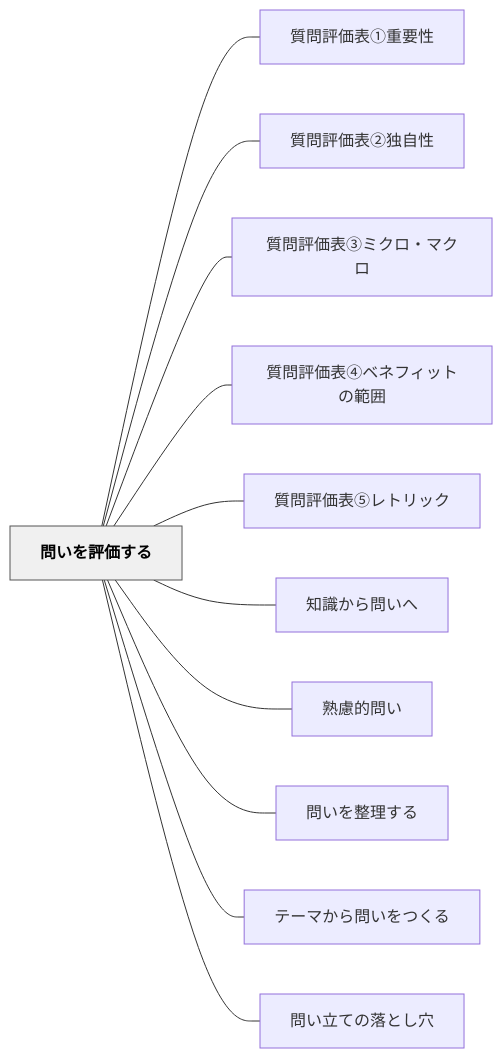
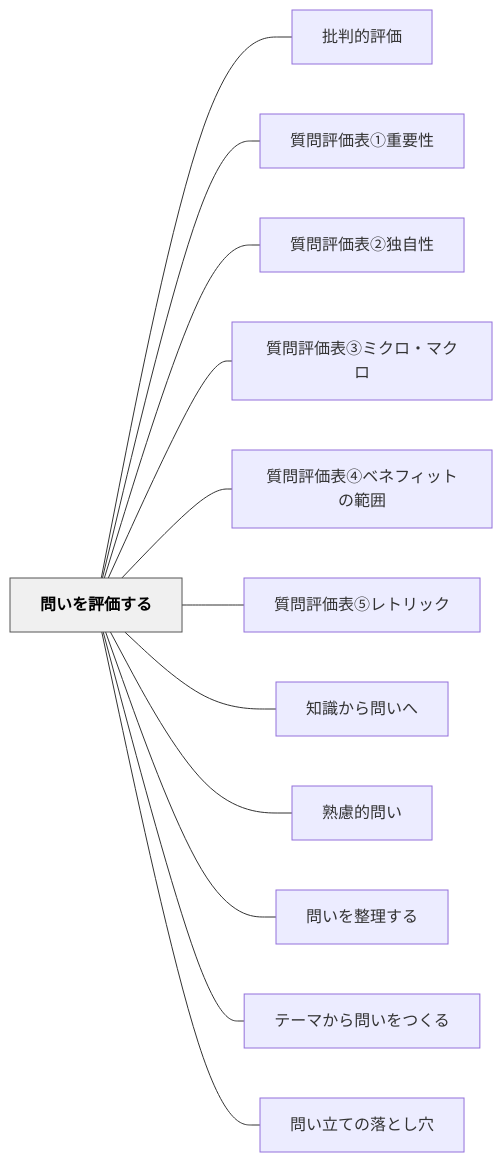
The diagram in content/パタン/問いを評価する.md (unknownthings-ed-patterns/unknownthings-ed-patterns), drawn with Mermaid before and after one commit. The commit also changed other lines of this file and 47 other files, not shown here.

````diff
--- a/content/パタン/問いを評価する.md
+++ b/content/パタン/問いを評価する.md
@@ -56,28 +57,30 @@
 ```mermaid
 flowchart LR
     ne5958fe38184e38292e8a995e4bea1e38199e3828b["問いを評価する"]
+    ne689b9e588a4e79a84e8a995e4bea1["批判的評価"]
     ne8b3aae5958fe8a995e4bea1e8a1a8e291a0e9878de8a681e680a7["質問評価表①重要性"]
     ne8b3aae5958fe8a995e4bea1e8a1a8e291a1e78bace887aae680a7["質問評価表②独自性"]
     ne8b3aae5958fe8a995e4bea1e8a1a8e291a2e3839fe382afe383ade383bbe3839ee382afe383ad["質問評価表③ミクロ・マクロ"]
     ne8b3aae5958fe8a995e4bea1e8a1a8e291a3e38399e3838de38395e382a3e38383e38388e381aee7af84e59bb2["質問評価表④ベネフィットの範囲"]
     ne8b3aae5958fe8a995e4bea1e8a1a8e291a4e383ace38388e383aae38383e382af["質問評価表⑤レトリック"]
     ne79fa5e8ad98e3818be38289e5958fe38184e381b8["知識から問いへ"]
     ne7869fe685aee79a84e5958fe38184["熟慮的問い"]
     ne5958fe38184e38292e695b4e79086e38199e3828b["問いを整理する"]
     ne38386e383bce3839ee3818be38289e5958fe38184e38292e381a4e3818fe3828b["テーマから問いをつくる"]
     ne5958fe38184e7ab8be381a6e381aee890bde381a8e38197e7a9b4["問い立ての落とし穴"]
 
+    ne5958fe38184e38292e8a995e4bea1e38199e3828b --- ne689b9e588a4e79a84e8a995e4bea1
     ne5958fe38184e38292e8a995e4bea1e38199e3828b --- ne8b3aae5958fe8a995e4bea1e8a1a8e291a0e9878de8a681e680a7
     ne5958fe38184e38292e8a995e4bea1e38199e3828b --- ne8b3aae5958fe8a995e4bea1e8a1a8e291a1e78bace887aae680a7
     ne5958fe38184e38292e8a995e4bea1e38199e3828b --- ne8b3aae5958fe8a995e4bea1e8a1a8e291a2e3839fe382afe383ade383bbe3839ee382afe383ad
     ne5958fe38184e38292e8a995e4bea1e38199e3828b --- ne8b3aae5958fe8a995e4bea1e8a1a8e291a3e38399e3838de38395e382a3e38383e38388e381aee7af84e59bb2
     ne5958fe38184e38292e8a995e4bea1e38199e3828b --- ne8b3aae5958fe8a995e4bea1e8a1a8e291a4e383ace38388e383aae38383e382af
     ne5958fe38184e38292e8a995e4bea1e38199e3828b --- ne79fa5e8ad98e3818be38289e5958fe38184e381b8
     ne5958fe38184e38292e8a995e4bea1e38199e3828b --- ne7869fe685aee79a84e5958fe38184
     ne5958fe38184e38292e8a995e4bea1e38199e3828b --- ne5958fe38184e38292e695b4e79086e38199e3828b
     ne5958fe38184e38292e8a995e4bea1e38199e3828b --- ne38386e383bce3839ee3818be38289e5958fe38184e38292e381a4e3818fe3828b
     ne5958fe38184e38292e8a995e4bea1e38199e3828b --- ne5958fe38184e7ab8be381a6e381aee890bde381a8e38197e7a9b4
 
     classDef hub fill:#f0f0f0,stroke:#555,color:#000,font-weight:bold
     class ne5958fe38184e38292e8a995e4bea1e38199e3828b hub
 ```
````
